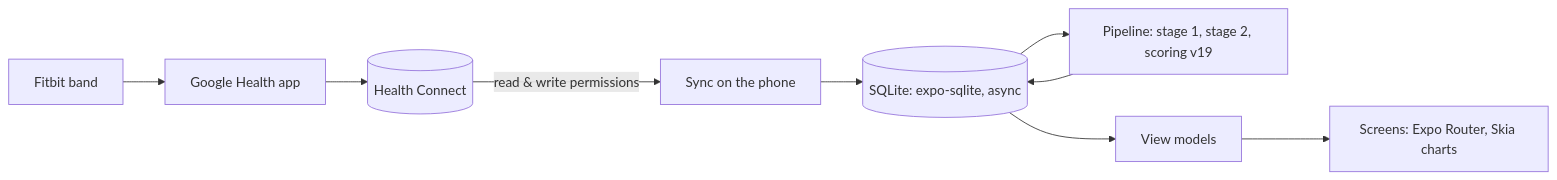
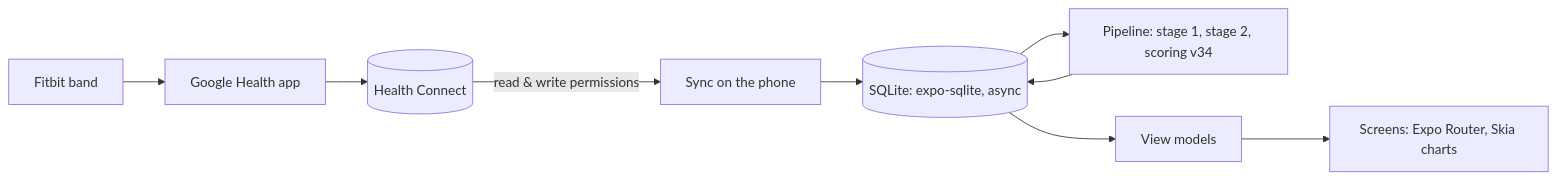
Before and after one commit to husainlab/Health-app: the diagram in README.md, drawn with Mermaid. The commit also changed other lines of this file and 7 other files, not shown here.

````diff
--- a/README.md
+++ b/README.md
@@ -38,11 +38,11 @@
 ```mermaid
 flowchart LR
   F[Fitbit band] --> G[Google Health app]
   G --> HC[(Health Connect)]
   HC -->|read & write permissions| S[Sync on the phone]
   S --> DB[(SQLite: expo-sqlite, async)]
-  DB --> P[Pipeline: stage 1, stage 2, scoring v19]
+  DB --> P[Pipeline: stage 1, stage 2, scoring v34]
   P --> DB
   DB --> Q[View models]
   Q --> UI[Screens: Expo Router, Skia charts]
 ```
````
